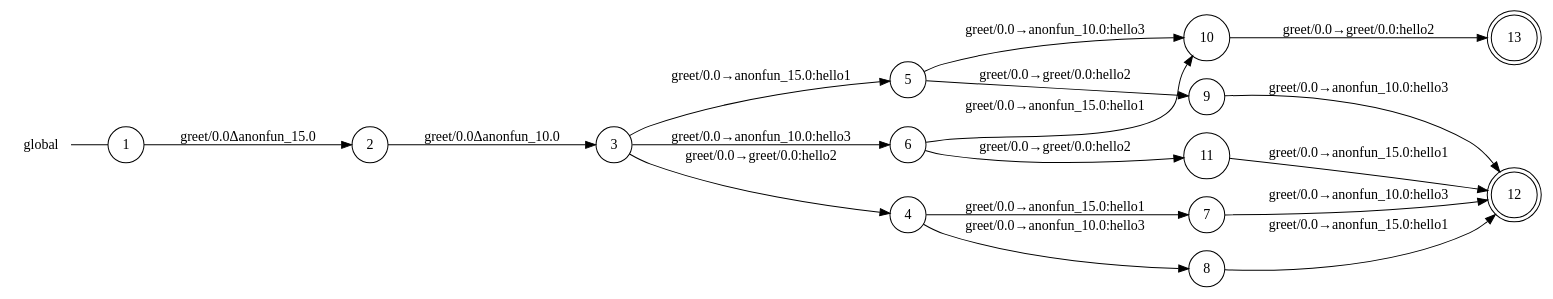
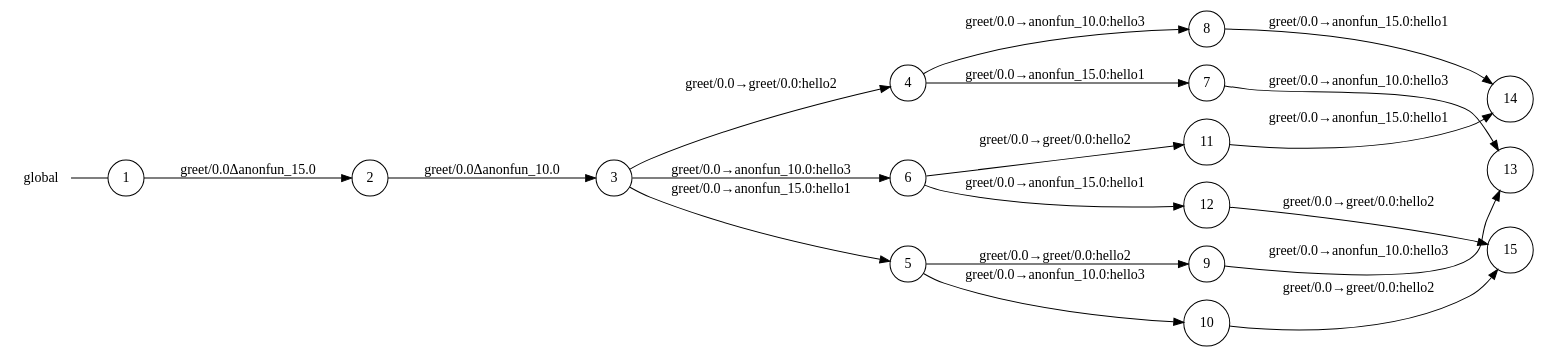
Before and after one commit to gabrielegenovese/chorer: the diagram in examples/high-order-fun/greet_0_global_view.dot, drawn with Graphviz. The commit also changed 95 other files, not shown here.

Commit message:
tiny refactor db and settings module created minimize done only on graph saving globalview  now supports epsilon transitions

```diff
--- a/examples/high-order-fun/greet_0_global_view.dot
+++ b/examples/high-order-fun/greet_0_global_view.dot
@@ -1,35 +1,38 @@
 digraph global {
 	rankdir="LR";
 	n_0 [label="global", shape="plaintext"];
-	n_1 [id="5", shape=circle, label="5"];
-	n_2 [id="12", shape=doublecircle, label="12"];
-	n_3 [id="11", shape=circle, label="11"];
-	n_4 [id="6", shape=circle, label="6"];
-	n_5 [id="13", shape=doublecircle, label="13"];
-	n_6 [id="10", shape=circle, label="10"];
-	n_7 [id="1", shape=circle, label="1"];
-	n_0 -> n_7 [arrowhead=none];
-	n_8 [id="9", shape=circle, label="9"];
-	n_9 [id="2", shape=circle, label="2"];
-	n_10 [id="8", shape=circle, label="8"];
-	n_11 [id="4", shape=circle, label="4"];
-	n_12 [id="7", shape=circle, label="7"];
-	n_13 [id="3", shape=circle, label="3"];
+	n_1 [id="14", shape=circle, label="14"];
+	n_2 [id="9", shape=circle, label="9"];
+	n_3 [id="8", shape=circle, label="8"];
+	n_4 [id="1", shape=circle, label="1"];
+	n_0 -> n_4 [arrowhead=none];
+	n_5 [id="7", shape=circle, label="7"];
+	n_6 [id="4", shape=circle, label="4"];
+	n_7 [id="6", shape=circle, label="6"];
+	n_8 [id="3", shape=circle, label="3"];
+	n_9 [id="12", shape=circle, label="12"];
+	n_10 [id="2", shape=circle, label="2"];
+	n_11 [id="11", shape=circle, label="11"];
+	n_12 [id="15", shape=circle, label="15"];
+	n_13 [id="10", shape=circle, label="10"];
+	n_14 [id="13", shape=circle, label="13"];
+	n_15 [id="5", shape=circle, label="5"];
 
-	n_12 -> n_2 [id="[$e|11]", label="greet/0.0→anonfun_10.0:hello3"];
-	n_13 -> n_4 [id="[$e|4]", label="greet/0.0→anonfun_10.0:hello3"];
-	n_9 -> n_13 [id="[$e|1]", label="greet/0.0Δanonfun_10.0"];
-	n_13 -> n_1 [id="[$e|3]", label="greet/0.0→anonfun_15.0:hello1"];
-	n_1 -> n_6 [id="[$e|8]", label="greet/0.0→anonfun_10.0:hello3"];
-	n_4 -> n_3 [id="[$e|9]", label="greet/0.0→greet/0.0:hello2"];
-	n_10 -> n_2 [id="[$e|12]", label="greet/0.0→anonfun_15.0:hello1"];
-	n_8 -> n_2 [id="[$e|13]", label="greet/0.0→anonfun_10.0:hello3"];
-	n_11 -> n_10 [id="[$e|6]", label="greet/0.0→anonfun_10.0:hello3"];
-	n_1 -> n_8 [id="[$e|7]", label="greet/0.0→greet/0.0:hello2"];
-	n_6 -> n_5 [id="[$e|14]", label="greet/0.0→greet/0.0:hello2"];
-	n_7 -> n_9 [id="[$e|0]", label="greet/0.0Δanonfun_15.0"];
-	n_3 -> n_2 [id="[$e|15]", label="greet/0.0→anonfun_15.0:hello1"];
-	n_13 -> n_11 [id="[$e|2]", label="greet/0.0→greet/0.0:hello2"];
-	n_11 -> n_12 [id="[$e|5]", label="greet/0.0→anonfun_15.0:hello1"];
-	n_4 -> n_6 [id="[$e|10]", label="greet/0.0→anonfun_15.0:hello1"];
+	n_8 -> n_7 [id="[$e|4]", label="greet/0.0→anonfun_10.0:hello3"];
+	n_9 -> n_12 [id="[$e|16]", label="greet/0.0→greet/0.0:hello2"];
+	n_3 -> n_1 [id="[$e|12]", label="greet/0.0→anonfun_15.0:hello1"];
+	n_7 -> n_11 [id="[$e|9]", label="greet/0.0→greet/0.0:hello2"];
+	n_6 -> n_3 [id="[$e|6]", label="greet/0.0→anonfun_10.0:hello3"];
+	n_6 -> n_5 [id="[$e|5]", label="greet/0.0→anonfun_15.0:hello1"];
+	n_5 -> n_14 [id="[$e|11]", label="greet/0.0→anonfun_10.0:hello3"];
+	n_15 -> n_13 [id="[$e|8]", label="greet/0.0→anonfun_10.0:hello3"];
+	n_13 -> n_12 [id="[$e|14]", label="greet/0.0→greet/0.0:hello2"];
+	n_4 -> n_10 [id="[$e|0]", label="greet/0.0Δanonfun_15.0"];
+	n_8 -> n_6 [id="[$e|2]", label="greet/0.0→greet/0.0:hello2"];
+	n_7 -> n_9 [id="[$e|10]", label="greet/0.0→anonfun_15.0:hello1"];
+	n_10 -> n_8 [id="[$e|1]", label="greet/0.0Δanonfun_10.0"];
+	n_2 -> n_14 [id="[$e|13]", label="greet/0.0→anonfun_10.0:hello3"];
+	n_8 -> n_15 [id="[$e|3]", label="greet/0.0→anonfun_15.0:hello1"];
+	n_15 -> n_2 [id="[$e|7]", label="greet/0.0→greet/0.0:hello2"];
+	n_11 -> n_1 [id="[$e|15]", label="greet/0.0→anonfun_15.0:hello1"];
 }
```
